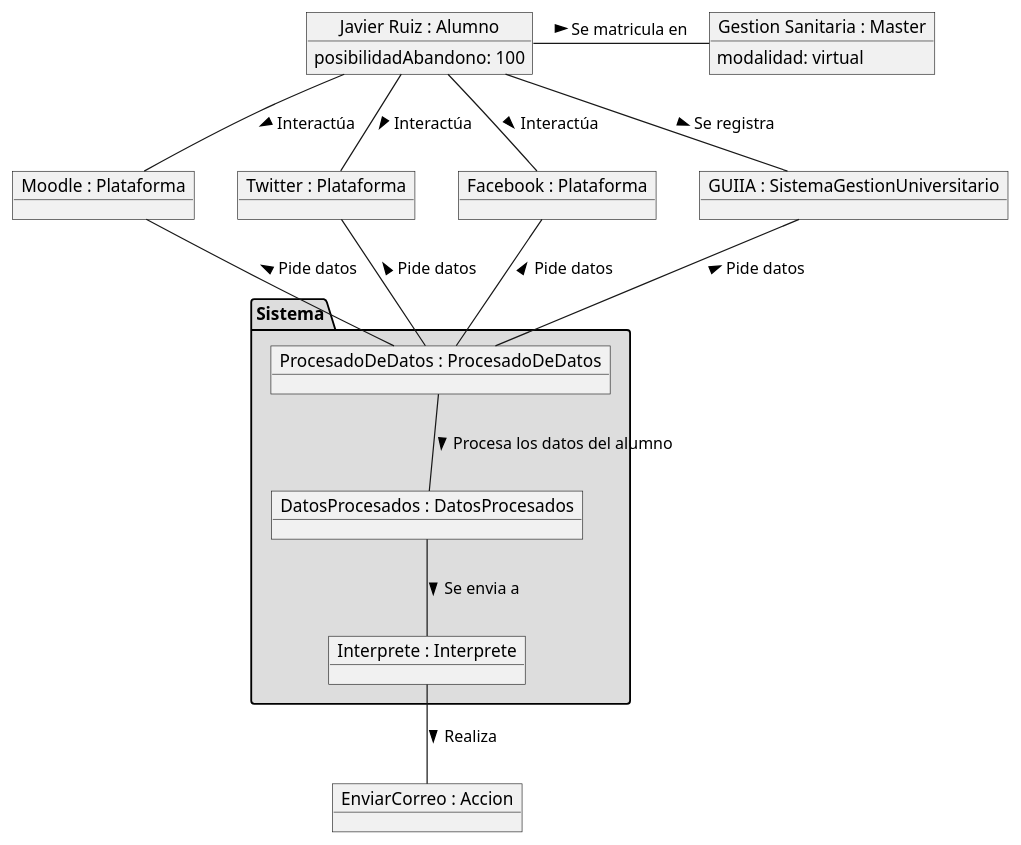
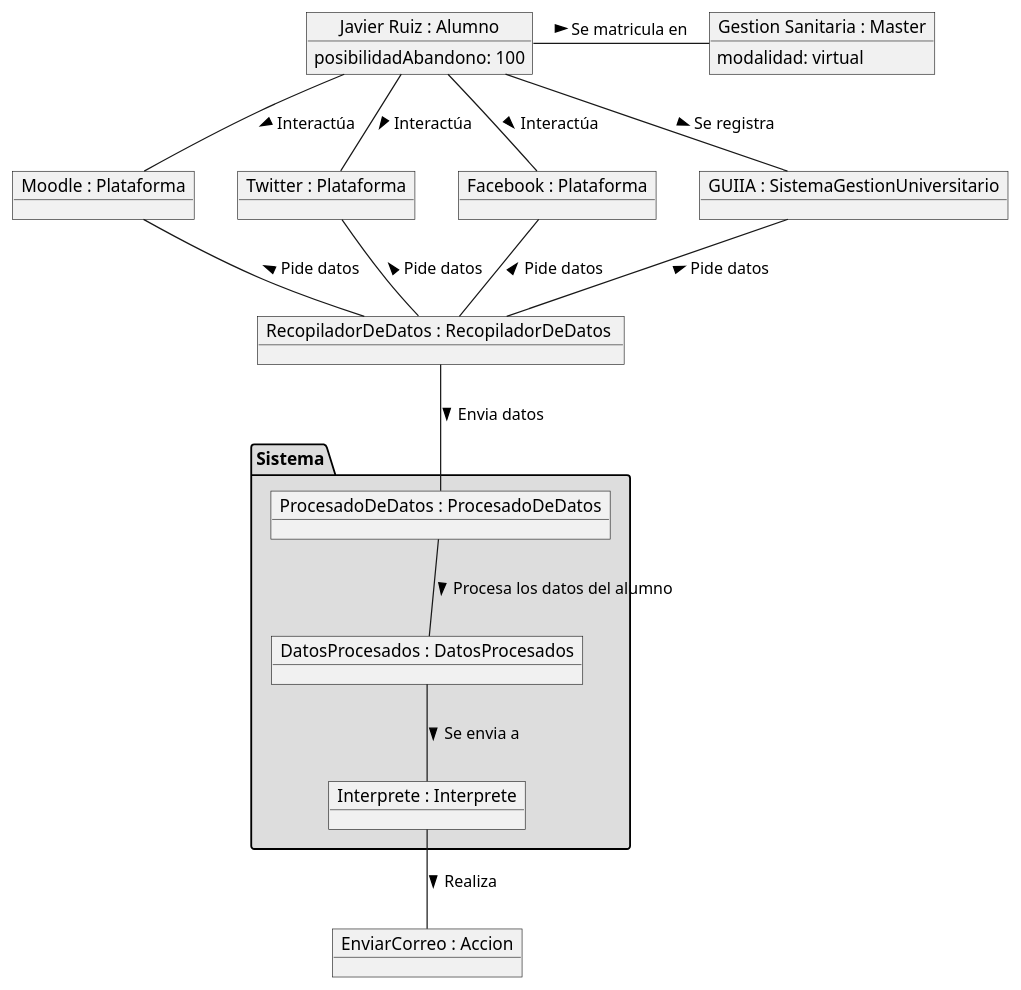
Before and after one commit to mmasias/IdSw1-22-23: the diagram in 000-entregas/Grupo1/ModeloDominio/02-DiagramaDeObjetos/Objetos.puml, drawn with PlantUML.

```diff
--- a/000-entregas/Grupo1/ModeloDominio/02-DiagramaDeObjetos/Objetos.puml
+++ b/000-entregas/Grupo1/ModeloDominio/02-DiagramaDeObjetos/Objetos.puml
@@ -1,39 +1,39 @@
 @startuml Objetos
 object "Javier Ruiz : Alumno" as Alumno{
     posibilidadAbandono: 100
 }
 
 object "Gestion Sanitaria : Master" as Master {
     modalidad: virtual
 }
 
 object "Moodle : Plataforma" as Plataforma1
 object "Twitter : Plataforma" as Plataforma2
 object "Facebook : Plataforma" as Plataforma3
 object "GUIIA : SistemaGestionUniversitario" as SistemaGestionUniversitario
-
+object "RecopiladorDeDatos : RecopiladorDeDatos " as RecopiladorDeDatos 
 package "Sistema" #DDDDDD {
     object "ProcesadoDeDatos : ProcesadoDeDatos" as ProcesadoDeDatos
     object "DatosProcesados : DatosProcesados" as DatosProcesados
     object "Interprete : Interprete" as Interprete
 }
 
 object "EnviarCorreo : Accion" as Accion
 
 Alumno -r- Master : Se matricula en >
 Alumno -- Plataforma1 : Interactúa >
 Alumno -- Plataforma2 : Interactúa >
 Alumno -- Plataforma3 : Interactúa >
 Alumno -d- SistemaGestionUniversitario : Se registra >
 
-SistemaGestionUniversitario -- ProcesadoDeDatos : Pide datos <
-Plataforma1 -- ProcesadoDeDatos : Pide datos <
-Plataforma2 -- ProcesadoDeDatos : Pide datos <
-Plataforma3 -- ProcesadoDeDatos : Pide datos <
-
+SistemaGestionUniversitario -- RecopiladorDeDatos : Pide datos <
+Plataforma1 -- RecopiladorDeDatos : Pide datos <
+Plataforma2 -- RecopiladorDeDatos : Pide datos <
+Plataforma3 -- RecopiladorDeDatos : Pide datos <
+RecopiladorDeDatos --ProcesadoDeDatos : Envia datos >
 ProcesadoDeDatos -d- DatosProcesados : Procesa los datos del alumno >
 DatosProcesados -d- Interprete : Se envia a  >
 
 Interprete -d- Accion : Realiza >
 
 @enduml
```
